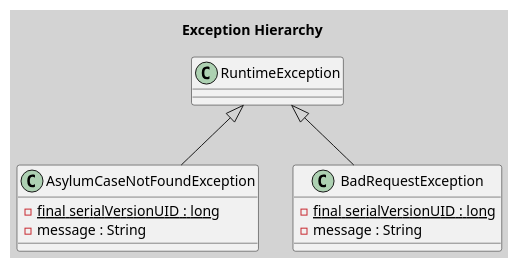
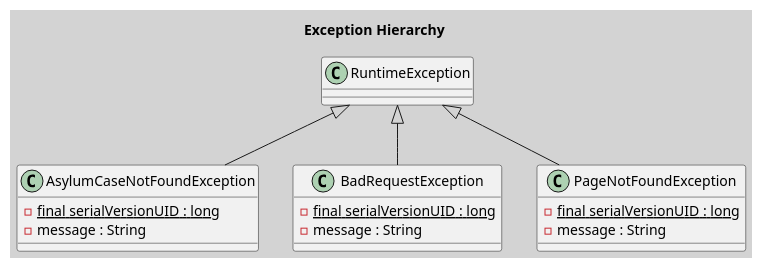
One commit to BloomTech-Labs/asylum-rg-be-a changed the diagram in documentation/diagrams/RELEASE_1.5_EXCEPTIONS_CD.puml. Above: the diagram before and after it, drawn with PlantUML. The commit also changed 10 other files, not shown here.

```diff
--- a/documentation/diagrams/RELEASE_1.5_EXCEPTIONS_CD.puml
+++ b/documentation/diagrams/RELEASE_1.5_EXCEPTIONS_CD.puml
@@ -1,19 +1,25 @@
 @startuml
 title Exception Hierarchy
 skinparam backgroundcolor lightgrey
 
 class AsylumCaseNotFoundException {
     - {static} final serialVersionUID : long
     - message : String
 }
 
 class BadRequestException {
     - {static} final serialVersionUID : long
     - message : String
 }
 
+class PageNotFoundException {
+    - {static} final serialVersionUID : long
+    - message : String
+}
+
 class RuntimeException {}
 
 RuntimeException <|-- BadRequestException
 RuntimeException <|-- AsylumCaseNotFoundException
+RuntimeException <|-- PageNotFoundException
 @enduml
```
